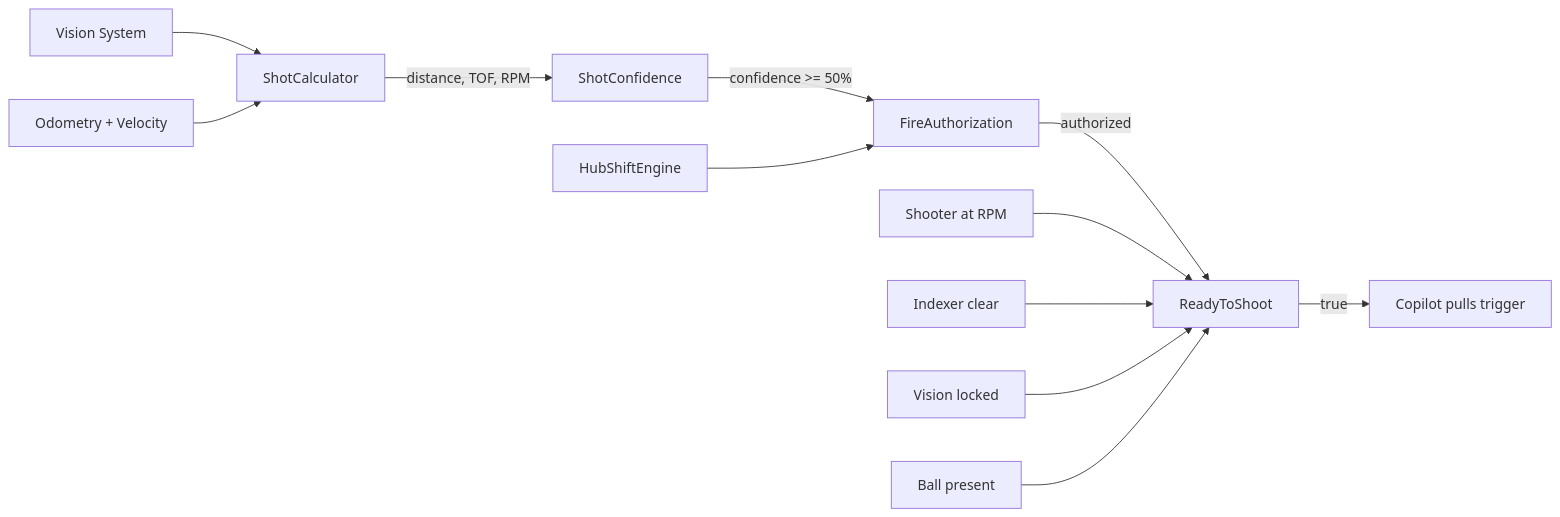
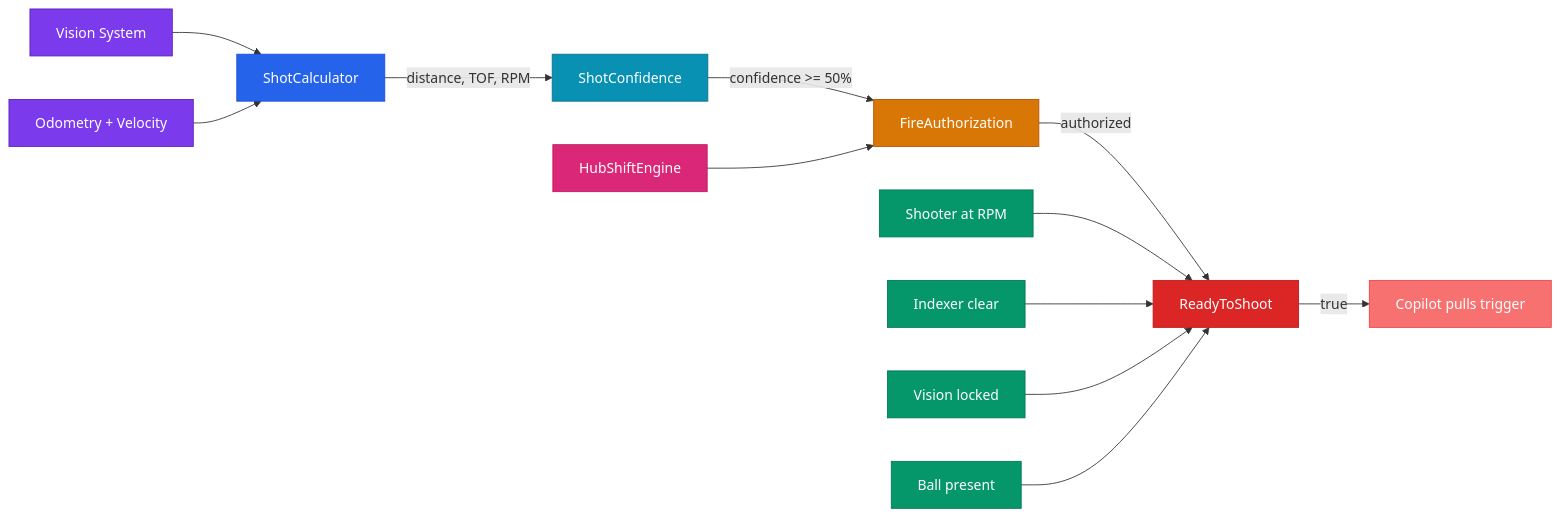
One commit to eeveemara/frc5962-2026-docs changed the first of 2 diagrams in docs/architecture/fire-control-pipeline.md. Above: the diagram before and after it, drawn with Mermaid. The commit also changed other lines of this file and 14 other files, not shown here.

Commit message:
Add explicit colors to all 20 mermaid diagrams for GitBook dark mode

````diff
--- a/docs/architecture/fire-control-pipeline.md
+++ b/docs/architecture/fire-control-pipeline.md
@@ -28,14 +28,27 @@
 ```mermaid
 flowchart LR
     V[Vision System] --> SC[ShotCalculator]
     O[Odometry + Velocity] --> SC
     SC --> |distance, TOF, RPM| CF[ShotConfidence]
     CF --> |confidence >= 50%| FA[FireAuthorization]
     HS[HubShiftEngine] --> FA
     FA --> |authorized| RT[ReadyToShoot]
     SH[Shooter at RPM] --> RT
     IX[Indexer clear] --> RT
     VL[Vision locked] --> RT
     BL[Ball present] --> RT
     RT --> |true| CP[Copilot pulls trigger]
+
+    style V fill:#7c3aed,stroke:#5b21b6,color:#fff
+    style O fill:#7c3aed,stroke:#5b21b6,color:#fff
+    style SC fill:#2563eb,stroke:#1d4ed8,color:#fff
+    style CF fill:#0891b2,stroke:#0e7490,color:#fff
+    style HS fill:#db2777,stroke:#be185d,color:#fff
+    style FA fill:#d97706,stroke:#b45309,color:#fff
+    style SH fill:#059669,stroke:#047857,color:#fff
+    style IX fill:#059669,stroke:#047857,color:#fff
+    style VL fill:#059669,stroke:#047857,color:#fff
+    style BL fill:#059669,stroke:#047857,color:#fff
+    style RT fill:#dc2626,stroke:#b91c1c,color:#fff
+    style CP fill:#f87171,stroke:#ef4444,color:#fff
 ```
````
